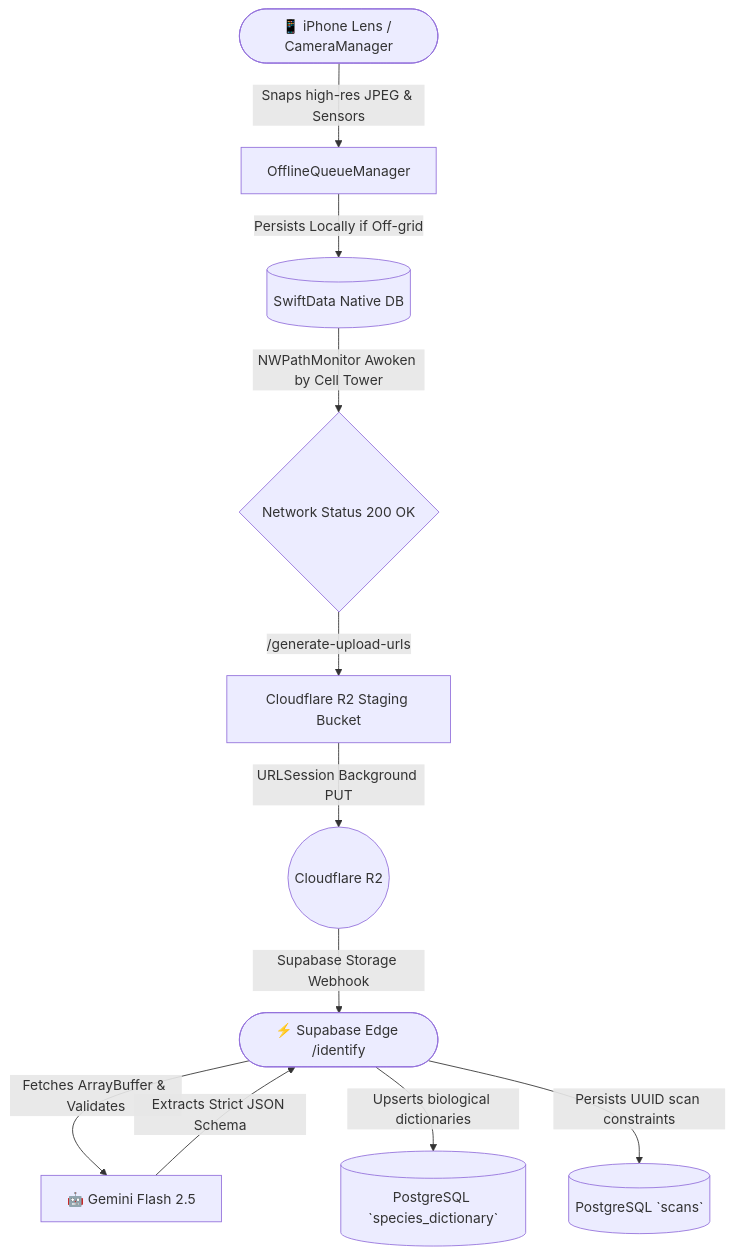
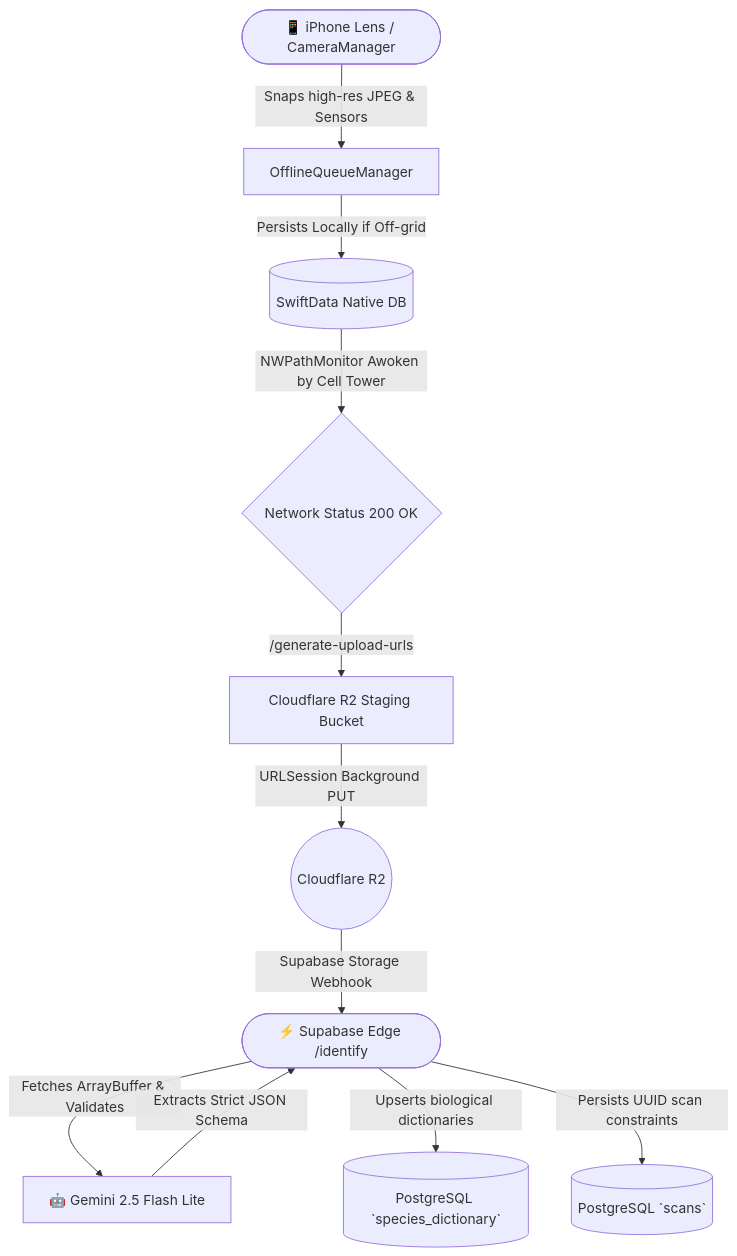
Before and after one commit to emreerdener/merian: the diagram in docs/01-System-Architecture.md, drawn with Mermaid. The commit also changed other lines of this file and 5 other files, not shown here.

Commit message:
feat: Update Gemini model reference from Flash to Flash Lite across documentation and the identify function.

````diff
--- a/docs/01-System-Architecture.md
+++ b/docs/01-System-Architecture.md
@@ -7,16 +7,16 @@
 ```mermaid
 flowchart TD
     A([📱 iPhone Lens / CameraManager]) -->|Snaps high-res JPEG & Sensors| B[OfflineQueueManager]
     B -->|Persists Locally if Off-grid| C[(SwiftData Native DB)]
     C -->|NWPathMonitor Awoken by Cell Tower| D{Network Status 200 OK}
 
     D -->|/generate-upload-urls| E[Cloudflare R2 Staging Bucket]
     E -->|URLSession Background PUT| F((Cloudflare R2))
     F -->|Supabase Storage Webhook| G([⚡️ Supabase Edge /identify])
 
-    G -->|Fetches ArrayBuffer & Validates| H[🤖 Gemini Flash 2.5]
+    G -->|Fetches ArrayBuffer & Validates| H[🤖 Gemini 2.5 Flash Lite]
     H -->|Extracts Strict JSON Schema| G
 
     G -->|Upserts biological dictionaries| I[(PostgreSQL `species_dictionary`)]
     G -->|Persists UUID scan constraints| J[(PostgreSQL `scans`)]
 ```
````
